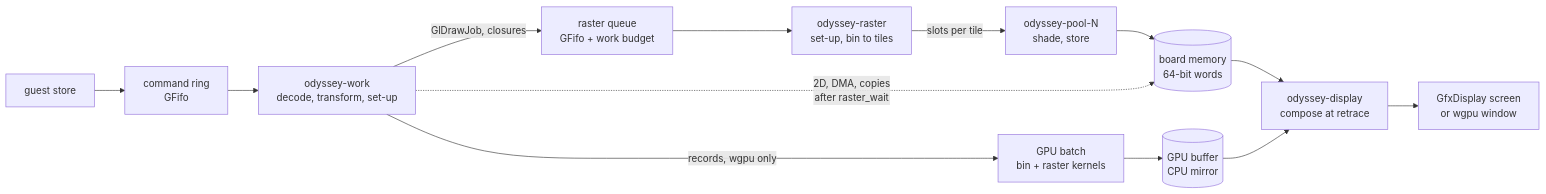
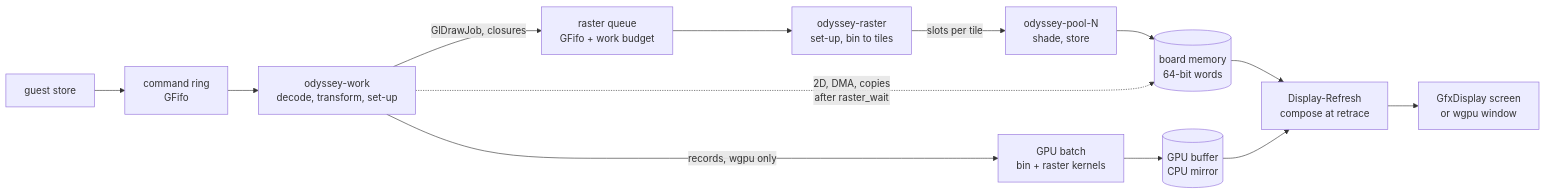
Before and after one commit to techomancer/iris: the second of 3 diagrams in docs/graphics/vpro.md, drawn with Mermaid. The commit also changed other lines of this file and 8 other files, not shown here.

First line of the commit message:
docs: the display refresh thread

````diff
--- a/docs/graphics/vpro.md
+++ b/docs/graphics/vpro.md
@@ -46,15 +46,15 @@
 ```mermaid
 flowchart LR
   CPU["guest store"] --> CF["command ring<br/>GFifo"]
   CF --> WORK["odyssey-work<br/>decode, transform, set-up"]
   WORK -- "GlDrawJob, closures" --> RQ["raster queue<br/>GFifo + work budget"]
   RQ --> RAS["odyssey-raster<br/>set-up, bin to tiles"]
   RAS -- "slots per tile" --> POOL["odyssey-pool-N<br/>shade, store"]
   POOL --> VRAM[("board memory<br/>64-bit words")]
   WORK -. "2D, DMA, copies<br/>after raster_wait" .-> VRAM
   WORK -- "records, wgpu only" --> GPU["GPU batch<br/>bin + raster kernels"]
   GPU --> GMEM[("GPU buffer<br/>CPU mirror")]
-  VRAM --> DISP["odyssey-display<br/>compose at retrace"]
+  VRAM --> DISP["Display-Refresh<br/>compose at retrace"]
   GMEM --> DISP
   DISP --> SCR["GfxDisplay screen<br/>or wgpu window"]
 ```
````
